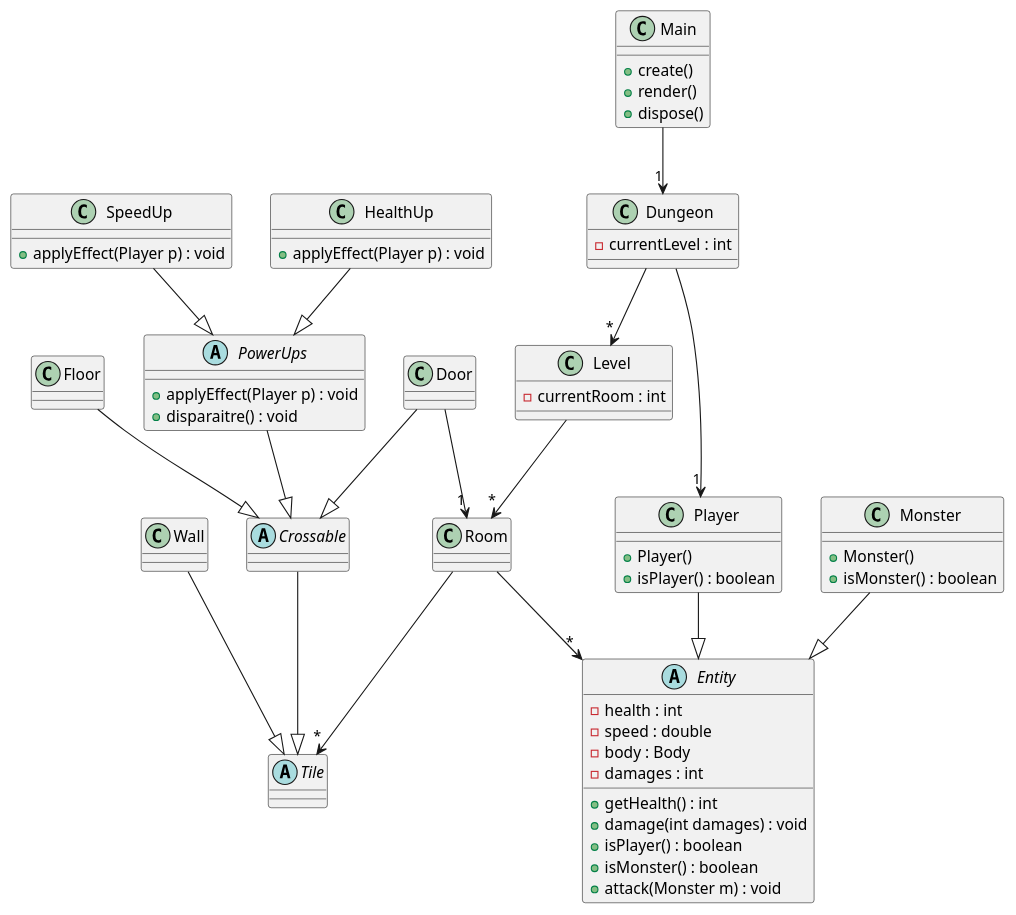
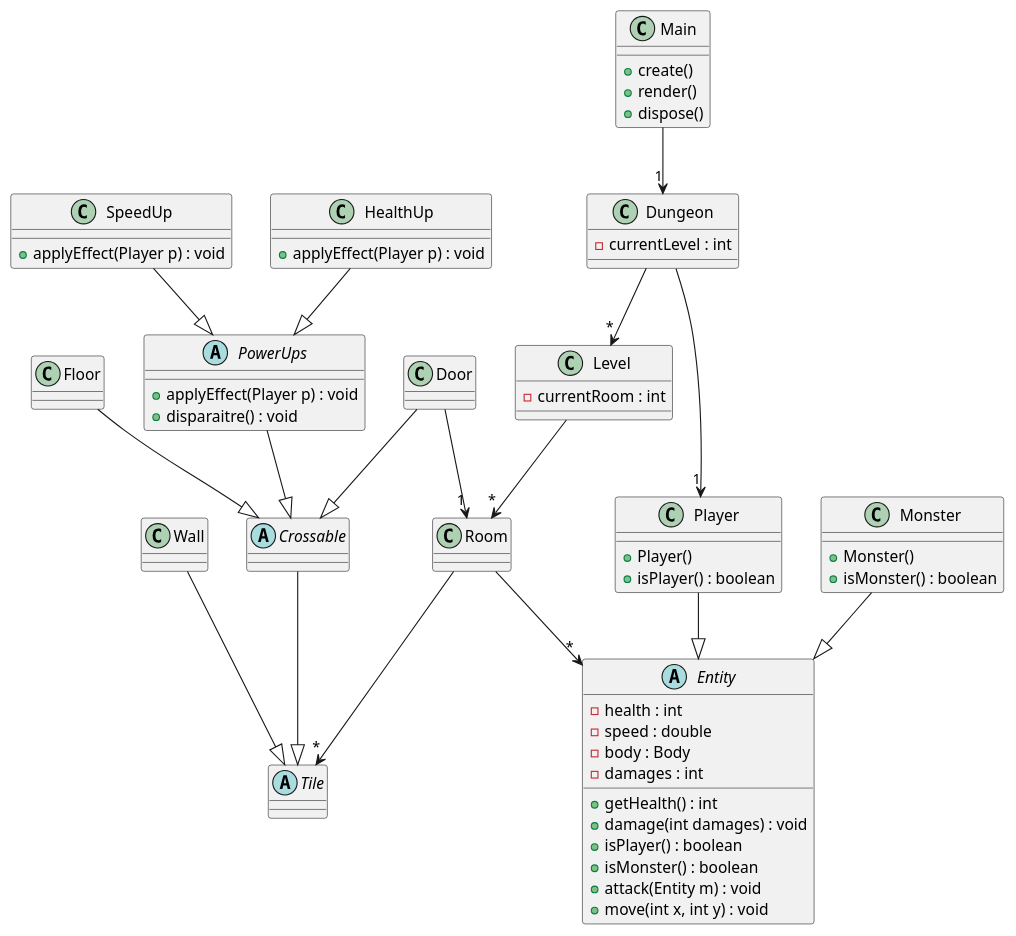
Before and after one commit to lmtb06/Dungeon: the diagram in diagrammes/classes/all.puml, drawn with PlantUML.

Commit message:
Diagramme de classe encore

```diff
--- a/diagrammes/classes/all.puml
+++ b/diagrammes/classes/all.puml
@@ -1,96 +1,97 @@
 @startuml
 
 
 
 abstract class Entity {
     - health : int
     - speed : double
     - body : Body
     - damages : int
     + getHealth() : int
     + damage(int damages) : void
     + isPlayer() : boolean
     + isMonster() : boolean
-    + attack(Monster m) : void
+    + attack(Entity m) : void
+    + move(int x, int y) : void
 }
 
 class Player {
     + Player()
     + isPlayer() : boolean
 }
 
 class Monster {
     + Monster()
     + isMonster() : boolean
 }
 
 class Level {
     - currentRoom : int
 }
 
 class Room {
 
 }
 
 abstract class Tile {
     
 }
 
 class Wall {
 
 }
 
 class Floor {
 
 }
 
 class Door {
 
 }
 
 class Dungeon {
     - currentLevel : int
 }
 
 abstract class Crossable {
 
 }
 
 abstract class PowerUps {
     + applyEffect(Player p) : void
     + disparaitre() : void
 }
 
 class SpeedUp{
     + applyEffect(Player p) : void
 }
 
 class HealthUp{
     + applyEffect(Player p) : void
 }
 
 class Main {
     + create()
     + render()
     + dispose()
 }
 
 Dungeon -->"1" Player
 Main -->"1" Dungeon
 Level -->"*" Room
 Dungeon -->"*" Level
 Room -->"*" Tile
 Room -->"*" Entity
 
 Player --|> Entity
 Monster --|> Entity
 
 SpeedUp --|> PowerUps
 HealthUp --|> PowerUps
 Wall --|> Tile
 Floor --|> Crossable
 Door --|> Crossable
 Door -->"1" Room
 Crossable --|> Tile
 PowerUps --|> Crossable
 @enduml
```
